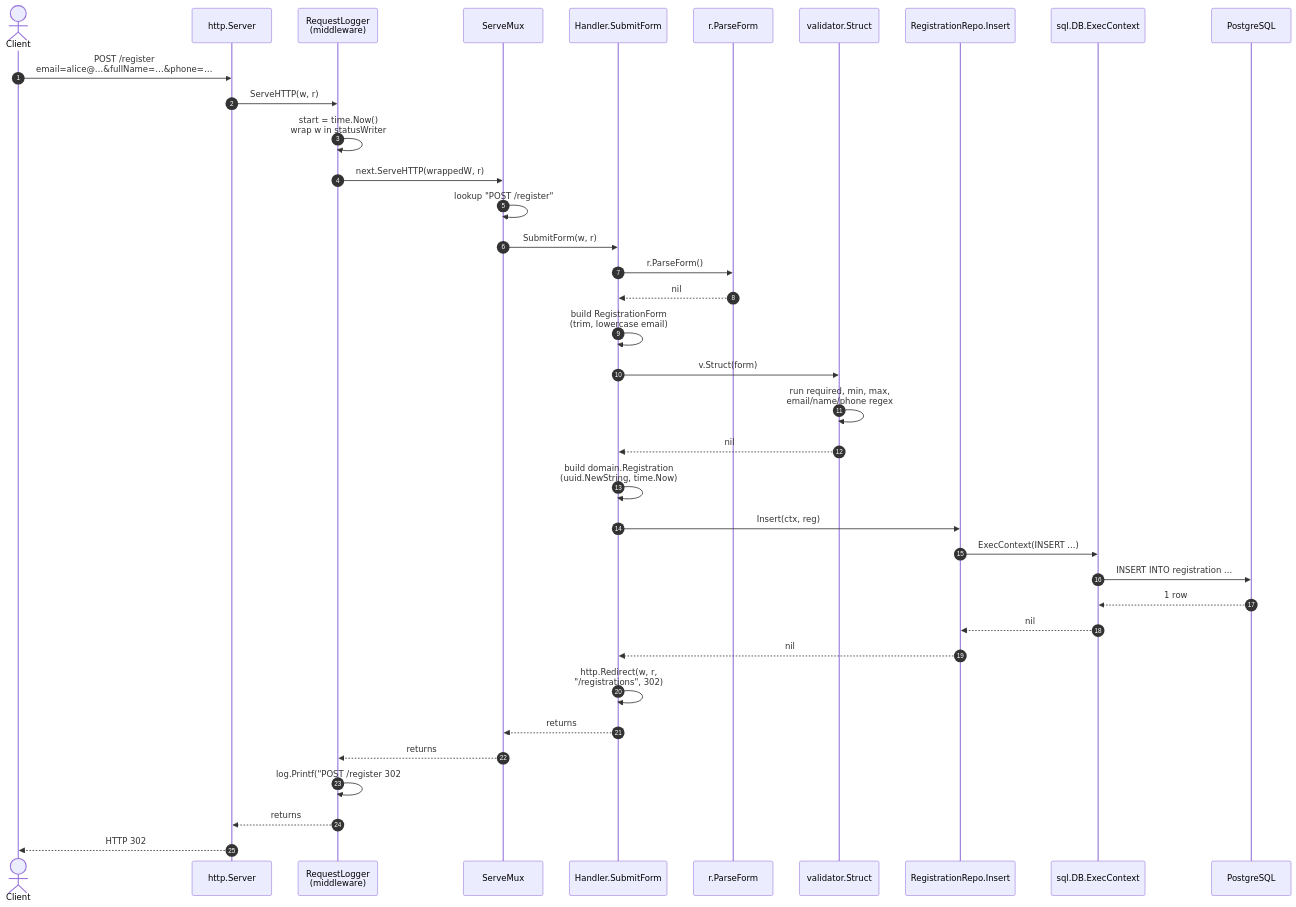
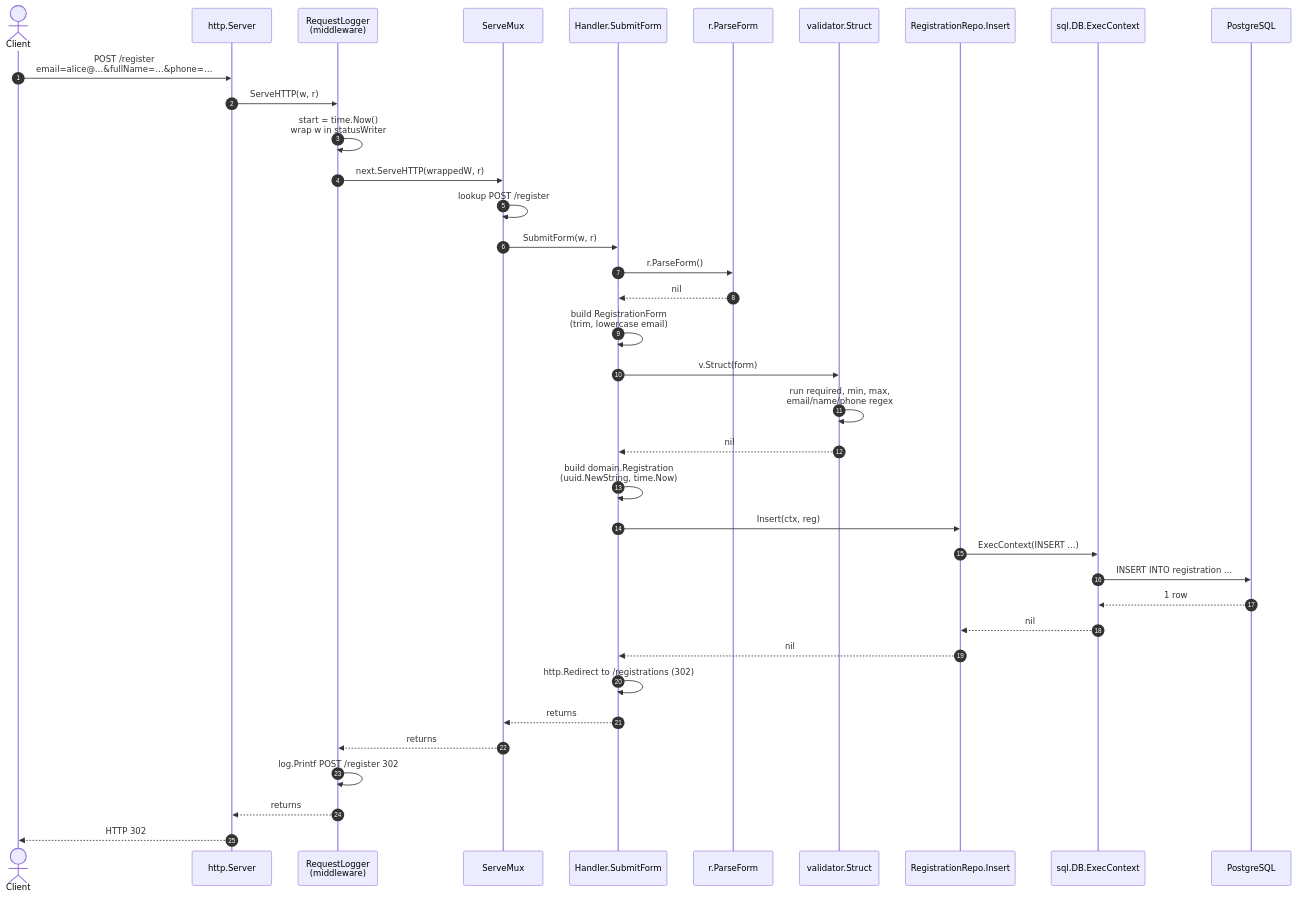
The second of 2 diagrams in docs/09-walkthrough-golang.md (artivisi/tech-stack-2026), drawn with Mermaid before and after one commit. The commit also changed other lines of this file and 2 other files, not shown here.

Commit message:
fix Mermaid class-diagram parse errors on GitHub
Quotes and colons inside Mermaid class-diagram labels terminate the
lexer (Mermaid treats double-quoted strings specially in class
diagrams). Replaced with plain text:

- 07 spring-boot: render "redirect:/registrations" -> render redirect view
  (this was the line GitHub flagged as parse error on line 63);
  +listen on :8080 -> +listen on port 8080 (colon would otherwise be
  read as the field-type separator).
- 08 expressjs: res.redirect("/registrations") -> res.redirect;
  res.render("form", data) -> res.render form;
  +listen on :8080 -> +listen on port 8080.
- 09 golang: Render(w, "form", data) -> Render form.

Sequence-diagram messages also dequoted for consistency (they were not
breaking GitHub but read cleaner without the noise quotes).

Verified by rendering every Mermaid block in the docs/ tree with the
mermaid-cli (`mmdc -q`) — 8/8 render to SVG without errors.

````diff
--- a/docs/09-walkthrough-golang.md
+++ b/docs/09-walkthrough-golang.md
@@ -73,40 +73,40 @@
 ```mermaid
 sequenceDiagram
     autonumber
     actor C as Client
     participant S as http.Server
     participant L as RequestLogger<br/>(middleware)
     participant M as ServeMux
     participant H as Handler.SubmitForm
     participant F as r.ParseForm
     participant V as validator.Struct
     participant R as RegistrationRepo.Insert
     participant SQL as sql.DB.ExecContext
     participant PG as PostgreSQL
 
     C->>S: POST /register<br/>email=alice@…&fullName=…&phone=…
     S->>L: ServeHTTP(w, r)
     L->>L: start = time.Now()<br/>wrap w in statusWriter
     L->>M: next.ServeHTTP(wrappedW, r)
-    M->>M: lookup "POST /register"
+    M->>M: lookup POST /register
     M->>H: SubmitForm(w, r)
     H->>F: r.ParseForm()
     F-->>H: nil
     H->>H: build RegistrationForm<br/>(trim, lowercase email)
     H->>V: v.Struct(form)
     V->>V: run required, min, max,<br/>email/name/phone regex
     V-->>H: nil
     H->>H: build domain.Registration<br/>(uuid.NewString, time.Now)
     H->>R: Insert(ctx, reg)
     R->>SQL: ExecContext(INSERT ...)
     SQL->>PG: INSERT INTO registration ...
     PG-->>SQL: 1 row
     SQL-->>R: nil
     R-->>H: nil
-    H->>H: http.Redirect(w, r,<br/>"/registrations", 302)
+    H->>H: http.Redirect to /registrations (302)
     H-->>M: returns
     M-->>L: returns
-    L->>L: log.Printf("POST /register 302 ##ms")
+    L->>L: log.Printf POST /register 302 ##ms
     L-->>S: returns
     S-->>C: HTTP 302
 ```
````
